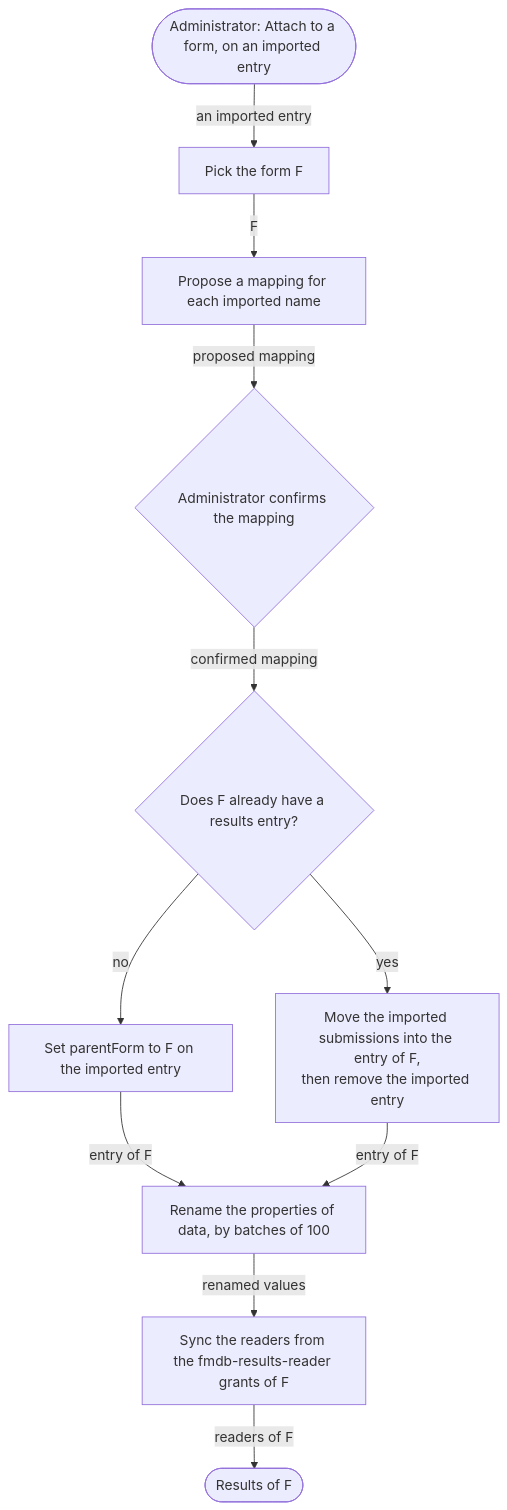
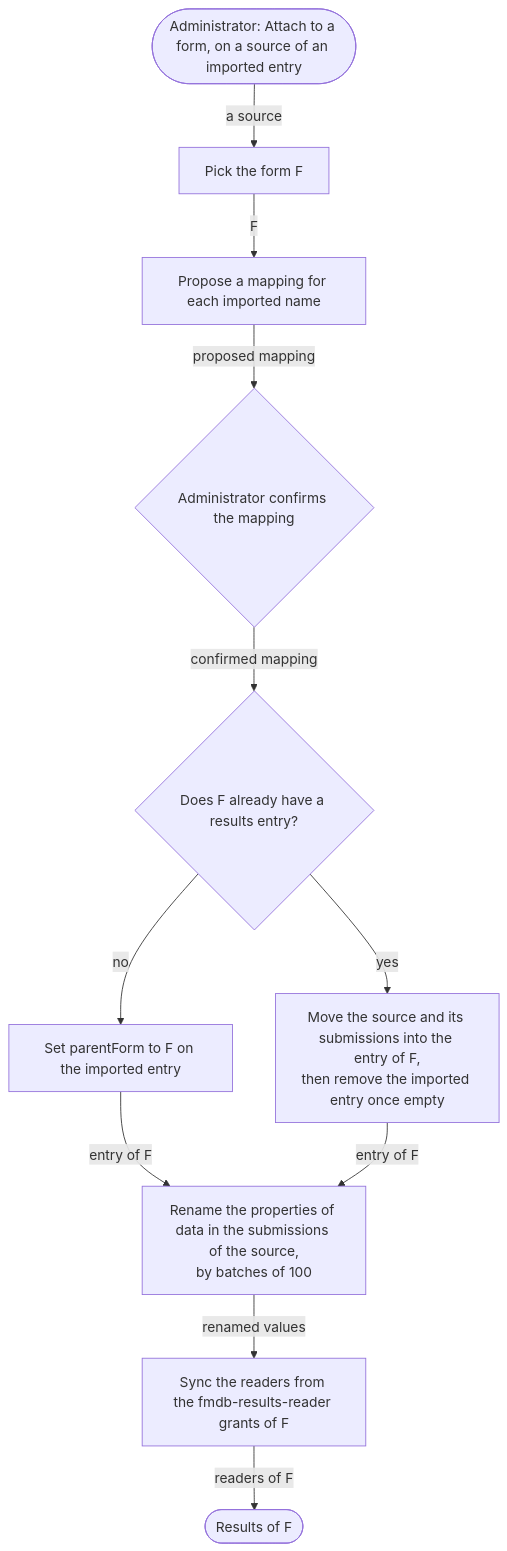
One commit to Jahia/formidable changed the third of 3 diagrams in docs/architecture/forms-import.md. Above: the diagram before and after it, drawn with Mermaid. The commit also changed other lines of this file and 1 other file, not shown here.

Commit message:
docs: the Forms import lives in the engine with source-agnostic markers, matches a form on its field UUIDs, scopes the attachment to one source, and keeps its jobs in the repository

````diff
--- a/docs/architecture/forms-import.md
+++ b/docs/architecture/forms-import.md
@@ -338,24 +413,24 @@
 ```mermaid
 flowchart TD
-    start(["Administrator: Attach to a form, on an imported entry"])
+    start(["Administrator: Attach to a form, on a source of an imported entry"])
     pick["Pick the form F"]
     match["Propose a mapping for each imported name"]
     review{"Administrator confirms the mapping"}
     entry{"Does F already have a results entry?"}
     relink["Set parentForm to F on the imported entry"]
-    merge["Move the imported submissions into the entry of F,<br/>then remove the imported entry"]
-    rename["Rename the properties of data, by batches of 100"]
+    merge["Move the source and its submissions into the entry of F,<br/>then remove the imported entry once empty"]
+    rename["Rename the properties of data in the submissions of the source,<br/>by batches of 100"]
     acl["Sync the readers from the fmdb-results-reader grants of F"]
     done(["Results of F"])
 
-    start -- "an imported entry" --> pick
+    start -- "a source" --> pick
     pick -- "F" --> match
     match -- "proposed mapping" --> review
     review -- "confirmed mapping" --> entry
     entry -- "no" --> relink
     entry -- "yes" --> merge
     relink -- "entry of F" --> rename
     merge -- "entry of F" --> rename
     rename -- "renamed values" --> acl
     acl -- "readers of F" --> done
 ```
````
